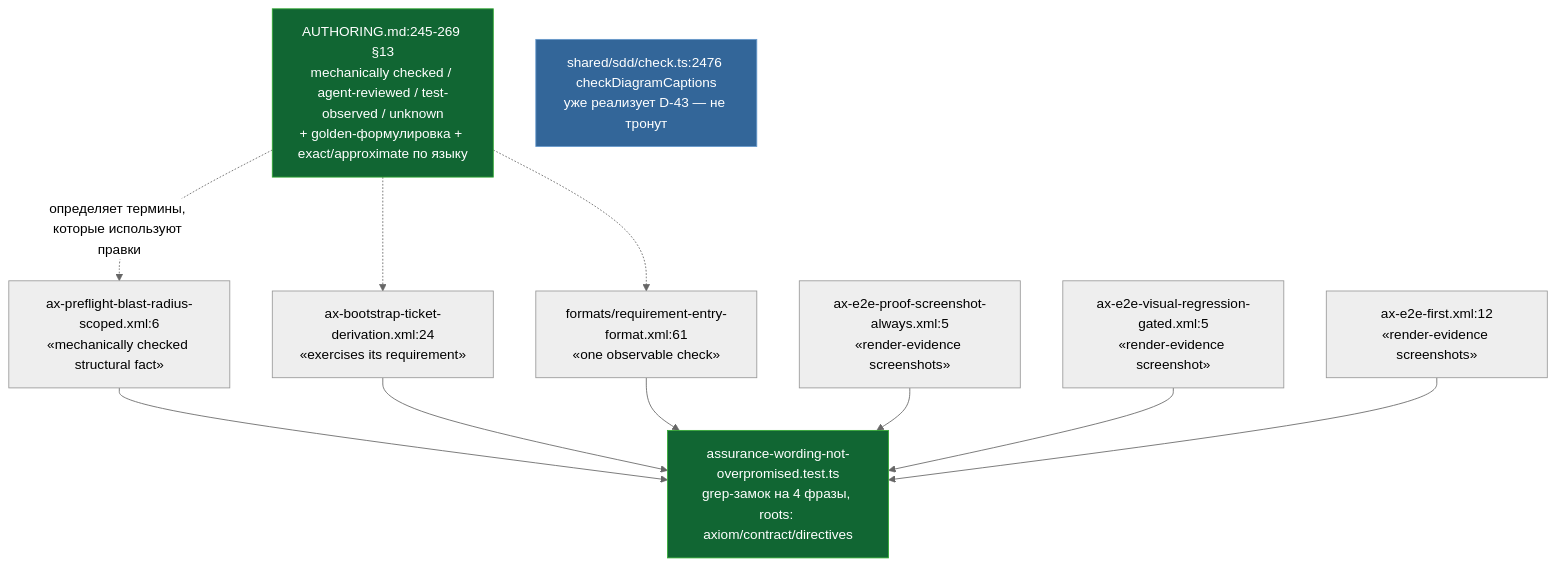
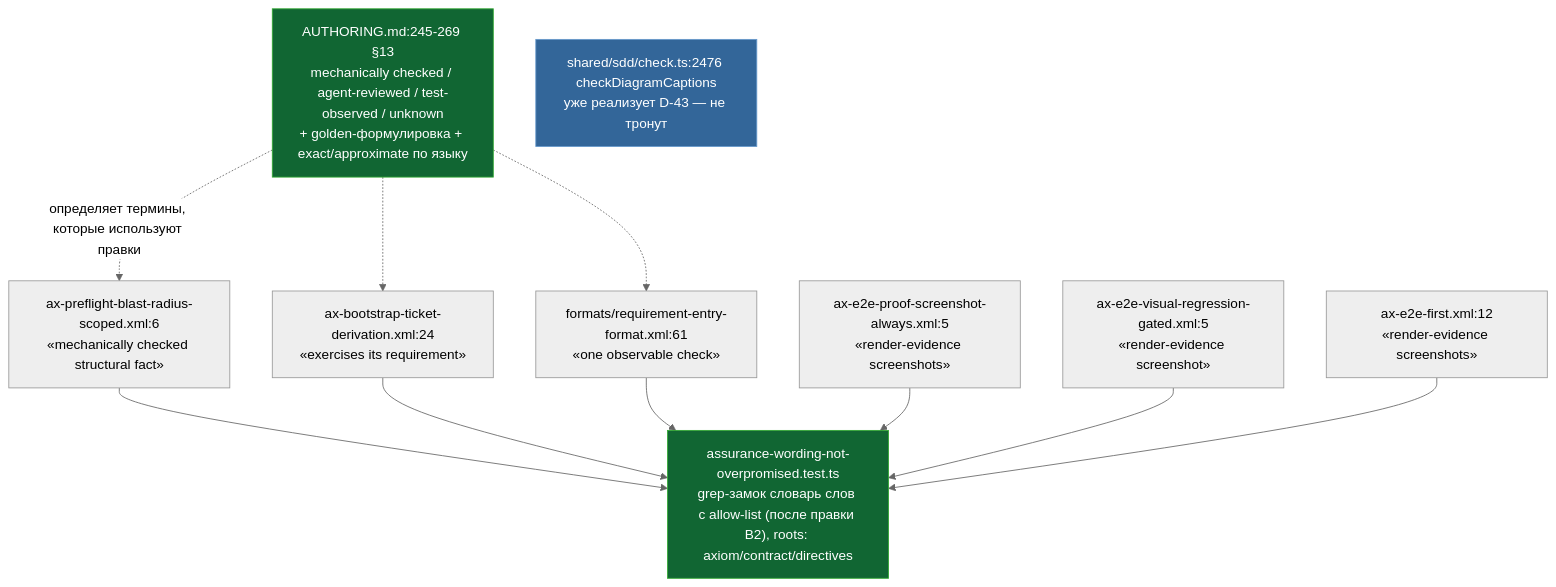
The second of 2 diagrams in ai/drafts/research/sdd-v1-to-v2-transfer/_raw/reports/R-T-B6-29.md (RubaXa/gennady), drawn with Mermaid (neutral theme) before and after one commit. The commit also changed 3 other files, not shown here.

````diff
--- a/ai/drafts/research/sdd-v1-to-v2-transfer/_raw/reports/R-T-B6-29.md
+++ b/ai/drafts/research/sdd-v1-to-v2-transfer/_raw/reports/R-T-B6-29.md
@@ -59,24 +59,24 @@
 ```mermaid
 flowchart TD
   VOC["AUTHORING.md:245-269 §13\nmechanically checked / agent-reviewed / test-observed / unknown\n+ golden-формулировка + exact/approximate по языку"]
   PRE2["ax-preflight-blast-radius-scoped.xml:6\n«mechanically checked structural fact»"]
   BOOT2["ax-bootstrap-ticket-derivation.xml:24\n«exercises its requirement»"]
   REQ2["formats/requirement-entry-format.xml:61\n«one observable check»"]
   E2E1_2["ax-e2e-proof-screenshot-always.xml:5\n«render-evidence screenshots»"]
   E2E2_2["ax-e2e-visual-regression-gated.xml:5\n«render-evidence screenshot»"]
   E2E3_2["ax-e2e-first.xml:12\n«render-evidence screenshots»"]
-  LOCK["assurance-wording-not-overpromised.test.ts\ngrep-замок на 4 фразы, roots: axiom/contract/directives"]
+  LOCK["assurance-wording-not-overpromised.test.ts\ngrep-замок словарь слов с allow-list (после правки B2), roots: axiom/contract/directives"]
   DIAG["shared/sdd/check.ts:2476 checkDiagramCaptions\nуже реализует D-43 — не тронут"]
   VOC -.->|"определяет термины, которые используют правки"| PRE2
   VOC -.-> BOOT2
   VOC -.-> REQ2
   PRE2 --> LOCK
   BOOT2 --> LOCK
   REQ2 --> LOCK
   E2E1_2 --> LOCK
   E2E2_2 --> LOCK
   E2E3_2 --> LOCK
   style VOC fill:#163,stroke:#3a3,color:#fff
   style LOCK fill:#163,stroke:#3a3,color:#fff
   style DIAG fill:#369,stroke:#69c,color:#fff
 ```
````
